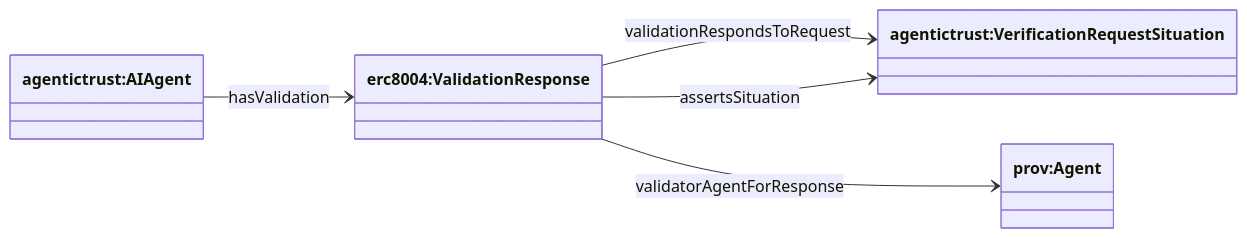
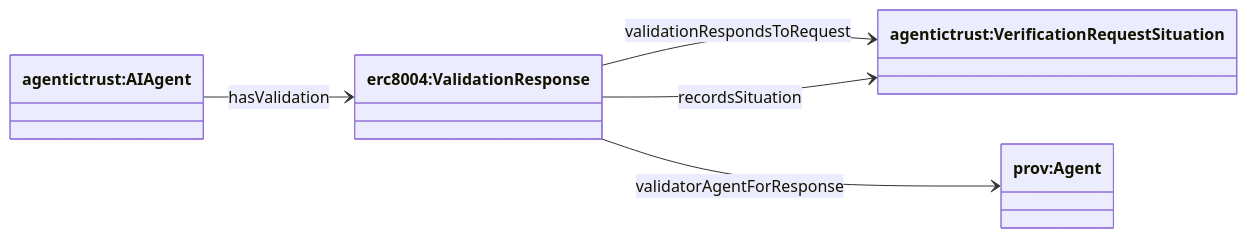
Before and after one commit to Agentic-Trust-Layer/agent-explorer: the fifth of 8 diagrams in docs/ontology/situation.md, drawn with Mermaid. The commit also changed other lines of this file and 12 other files, not shown here.

````diff
--- a/docs/ontology/situation.md
+++ b/docs/ontology/situation.md
@@ -150,14 +174,14 @@
 ```mermaid
 classDiagram
 direction LR
 
 class AIAgent["agentictrust:AIAgent"]
 class ValidationRequest["agentictrust:VerificationRequestSituation"]
 class ValidationResponse["erc8004:ValidationResponse"]
 class provAgent["prov:Agent"]
 
 AIAgent --> ValidationResponse : hasValidation
 ValidationResponse --> ValidationRequest : validationRespondsToRequest
-ValidationResponse --> ValidationRequest : assertsSituation
+ValidationResponse --> ValidationRequest : recordsSituation
 ValidationResponse --> provAgent : validatorAgentForResponse
 ```
````
